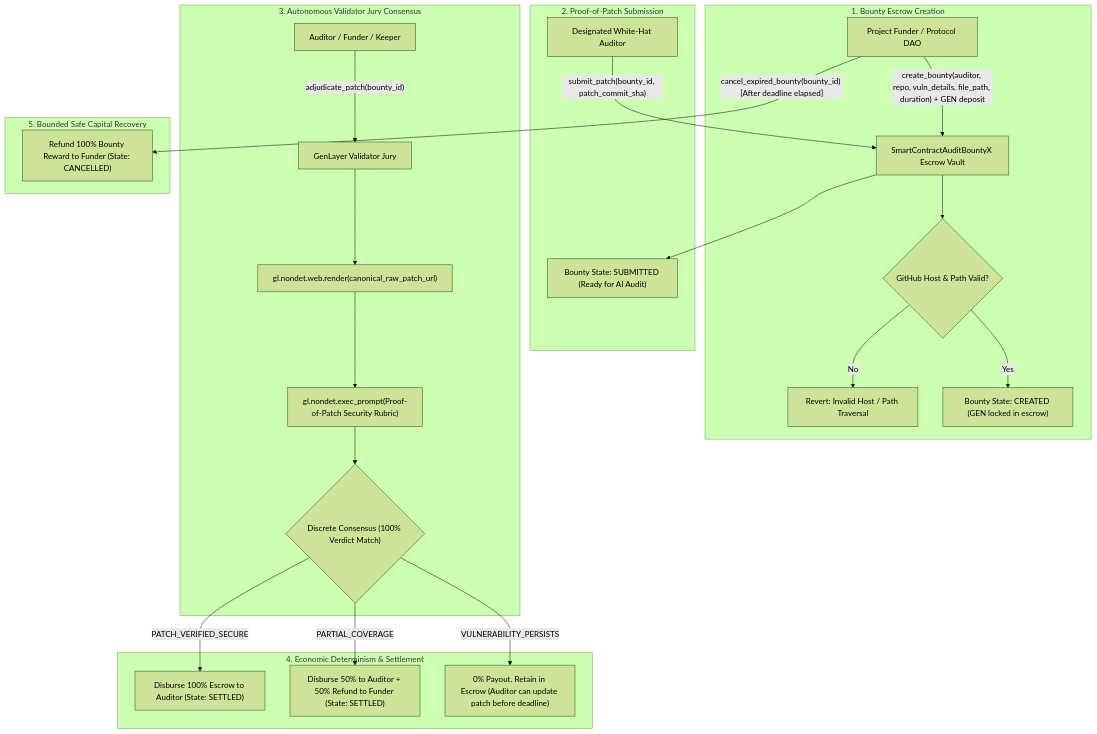
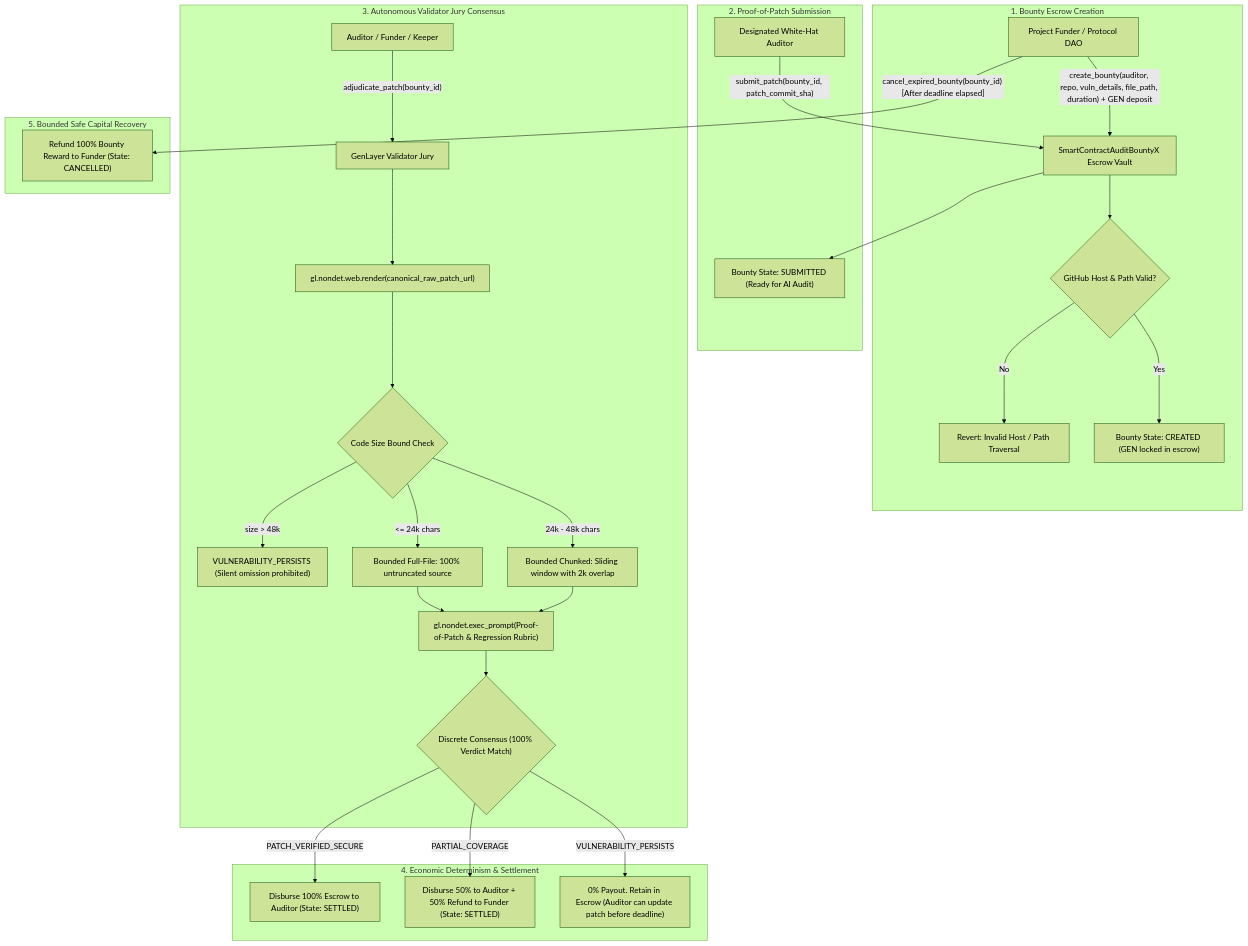
The diagram in README.md (luongnhan9999/smart-contract-audit-bounty-x), drawn with Mermaid (forest theme) before and after one commit. The commit also changed other lines of this file and 4 other files, not shown here.

Commit message:
fix(adjudication): replace prefix truncation with Bounded Full-File and Chunked evaluation, add regression tests, and redeploy to studionet

````diff
--- a/README.md
+++ b/README.md
@@ -41,31 +41,36 @@
 ```mermaid
 flowchart TD
     subgraph Escrow["1. Bounty Escrow Creation"]
         Funder["Project Funder / Protocol DAO"] -->|"create_bounty(auditor, repo, vuln_details, file_path, duration) + GEN deposit"| Contract["SmartContractAuditBountyX Escrow Vault"]
         Contract --> CanonicalCheck{"GitHub Host & Path Valid?"}
         CanonicalCheck -- No --> Revert["Revert: Invalid Host / Path Traversal"]
         CanonicalCheck -- Yes --> Created["Bounty State: CREATED (GEN locked in escrow)"]
     end
 
     subgraph Submission["2. Proof-of-Patch Submission"]
         Auditor["Designated White-Hat Auditor"] -->|"submit_patch(bounty_id, patch_commit_sha)"| Contract
         Contract --> Submitted["Bounty State: SUBMITTED (Ready for AI Audit)"]
     end
 
     subgraph Consensus["3. Autonomous Validator Jury Consensus"]
         Anyone["Auditor / Funder / Keeper"] -->|"adjudicate_patch(bounty_id)"| Jury["GenLayer Validator Jury"]
         Jury --> Scrape["gl.nondet.web.render(canonical_raw_patch_url)"]
-        Scrape --> LLM["gl.nondet.exec_prompt(Proof-of-Patch Security Rubric)"]
+        Scrape --> BoundCheck{"Code Size Bound Check"}
+        BoundCheck -- "size > 48k" --> FailClosed["VULNERABILITY_PERSISTS (Silent omission prohibited)"]
+        BoundCheck -- "<= 24k chars" --> FullFile["Bounded Full-File: 100% untruncated source"]
+        BoundCheck -- "24k - 48k chars" --> Chunked["Bounded Chunked: Sliding window with 2k overlap"]
+        FullFile --> LLM["gl.nondet.exec_prompt(Proof-of-Patch & Regression Rubric)"]
+        Chunked --> LLM
         LLM --> Discrete{"Discrete Consensus (100% Verdict Match)"}
     end
 
     subgraph Determinism["4. Economic Determinism & Settlement"]
         Discrete -->|"PATCH_VERIFIED_SECURE"| Payout100["Disburse 100% Escrow to Auditor (State: SETTLED)"]
         Discrete -->|"PARTIAL_COVERAGE"| Payout50["Disburse 50% to Auditor + 50% Refund to Funder (State: SETTLED)"]
         Discrete -->|"VULNERABILITY_PERSISTS"| Hold["0% Payout. Retain in Escrow (Auditor can update patch before deadline)"]
     end
 
     subgraph Recovery["5. Bounded Safe Capital Recovery"]
         Funder -->|"cancel_expired_bounty(bounty_id) [After deadline elapsed]"| Refund["Refund 100% Bounty Reward to Funder (State: CANCELLED)"]
     end
 ```
````
